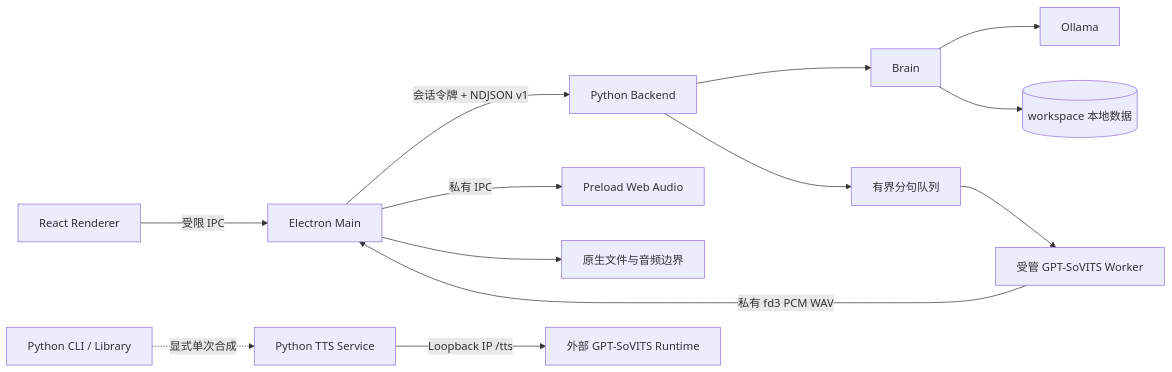
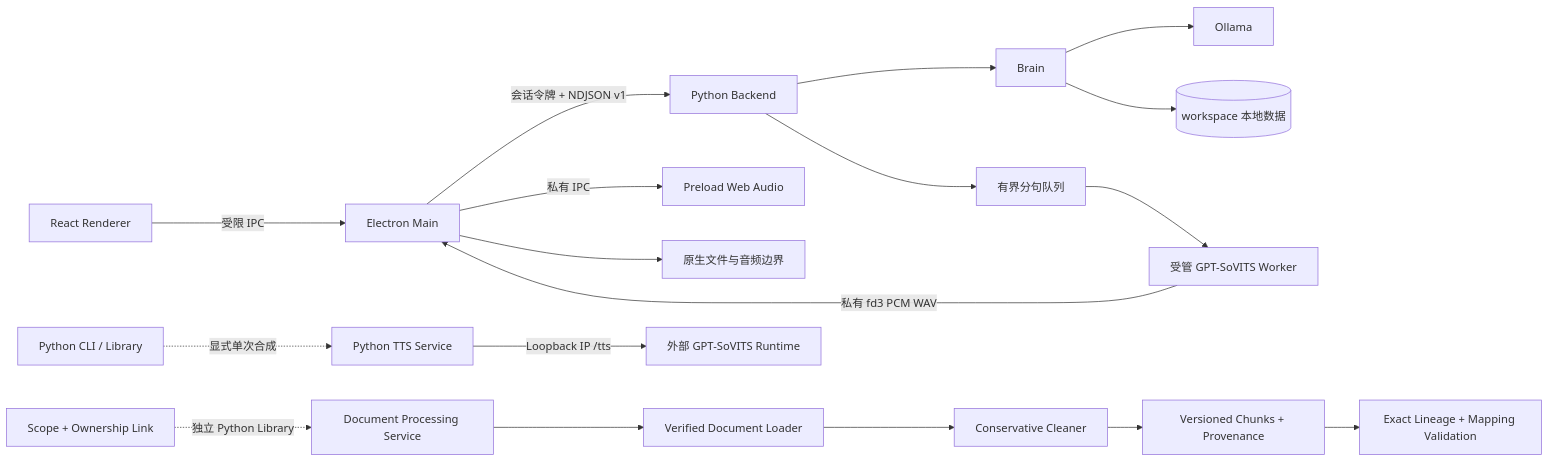
Before and after one commit to ActorF/Elysia_AI: the diagram in README.md, drawn with Mermaid. The commit also changed other lines of this file and 13 other files, not shown here.

````diff
--- a/README.md
+++ b/README.md
@@ -70,15 +70,20 @@
 ```mermaid
 flowchart LR
     R[React Renderer] -->|受限 IPC| E[Electron Main]
     E -->|会话令牌 + NDJSON v1| P[Python Backend]
     P --> B[Brain]
     B --> O[Ollama]
     B --> D[(workspace 本地数据)]
     P --> Q[有界分句队列]
     Q --> M[受管 GPT-SoVITS Worker]
     M -->|私有 fd3 PCM WAV| E
     E -->|私有 IPC| W[Preload Web Audio]
     C[Python CLI / Library] -. 显式单次合成 .-> T[Python TTS Service]
     T -->|Loopback IP /tts| G[外部 GPT-SoVITS Runtime]
     E --> H[原生文件与音频边界]
+    A[Scope + Ownership Link] -. 独立 Python Library .-> S[Document Processing Service]
+    S --> L[Verified Document Loader]
+    L --> N[Conservative Cleaner]
+    N --> K[Versioned Chunks + Provenance]
+    K --> V[Exact Lineage + Mapping Validation]
 ```
````
